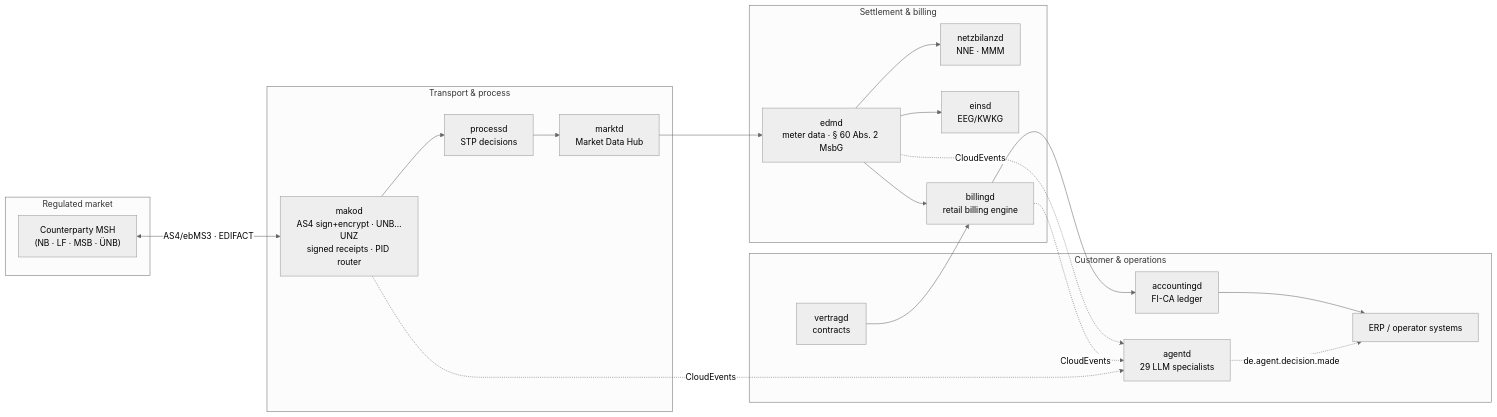
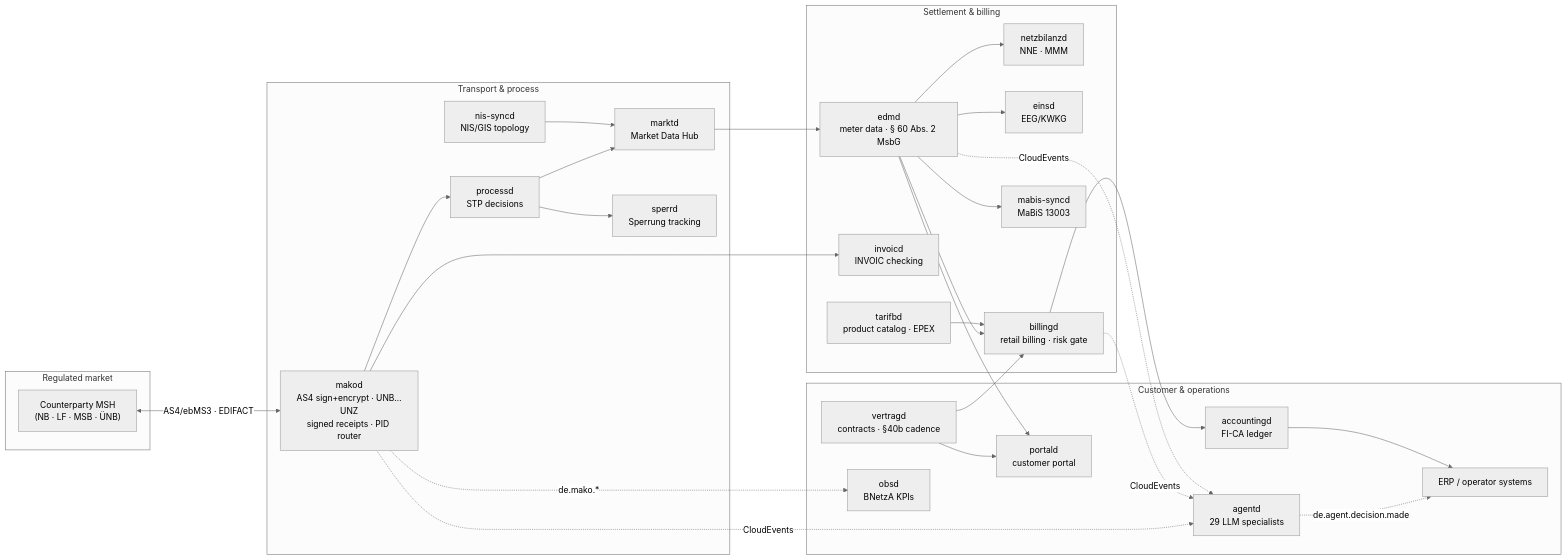
One commit to hupe1980/mako changed the diagram in README.md. Above: the diagram before and after it, drawn with Mermaid (neutral theme). The commit also changed other lines of this file and 23 other files, not shown here.

````diff
--- a/README.md
+++ b/README.md
@@ -26,35 +26,48 @@
 ```mermaid
 flowchart LR
     subgraph Market["Regulated market"]
         MP["Counterparty MSH<br/>(NB · LF · MSB · ÜNB)"]
     end
 
     subgraph Transport["Transport & process"]
         MAKOD["makod<br/>AS4 sign+encrypt · UNB…UNZ<br/>signed receipts · PID router"]
         PROCESSD["processd<br/>STP decisions"]
         MARKTD["marktd<br/>Market Data Hub"]
+        NIS["nis-syncd<br/>NIS/GIS topology"]
+        SPERRD["sperrd<br/>Sperrung tracking"]
     end
 
     subgraph Settlement["Settlement & billing"]
         EDMD["edmd<br/>meter data · § 60 Abs. 2 MsbG"]
         NETZB["netzbilanzd<br/>NNE · MMM"]
         EINSD["einsd<br/>EEG/KWKG"]
-        BILLINGD["billingd<br/>retail billing engine"]
+        BILLINGD["billingd<br/>retail billing · risk gate"]
+        INVOICD["invoicd<br/>INVOIC checking"]
+        MABIS["mabis-syncd<br/>MaBiS 13003"]
+        TARIFBD["tarifbd<br/>product catalog · EPEX"]
     end
 
     subgraph Business["Customer & operations"]
-        VERTRAGD["vertragd<br/>contracts"]
+        VERTRAGD["vertragd<br/>contracts · §40b cadence"]
         ACCOUNTINGD["accountingd<br/>FI-CA ledger"]
+        PORTALD["portald<br/>customer portal"]
+        OBSD["obsd<br/>BNetzA KPIs"]
         AGENTD["agentd<br/>29 LLM specialists"]
         ERP["ERP / operator systems"]
     end
 
     MP <-->|"AS4/ebMS3 · EDIFACT"| MAKOD
     MAKOD --> PROCESSD --> MARKTD
-    MARKTD --> EDMD --> NETZB & EINSD & BILLINGD
+    NIS --> MARKTD
+    MARKTD --> EDMD --> NETZB & EINSD & BILLINGD & MABIS
+    MAKOD --> INVOICD
+    TARIFBD --> BILLINGD
     BILLINGD --> ACCOUNTINGD
     VERTRAGD --> BILLINGD
+    PROCESSD --> SPERRD
+    EDMD & VERTRAGD --> PORTALD
+    MAKOD -.->|"de.mako.*"| OBSD
     MAKOD & BILLINGD & EDMD -.->|"CloudEvents"| AGENTD
     AGENTD -.->|"de.agent.decision.made"| ERP
     ACCOUNTINGD --> ERP
 ```
````
